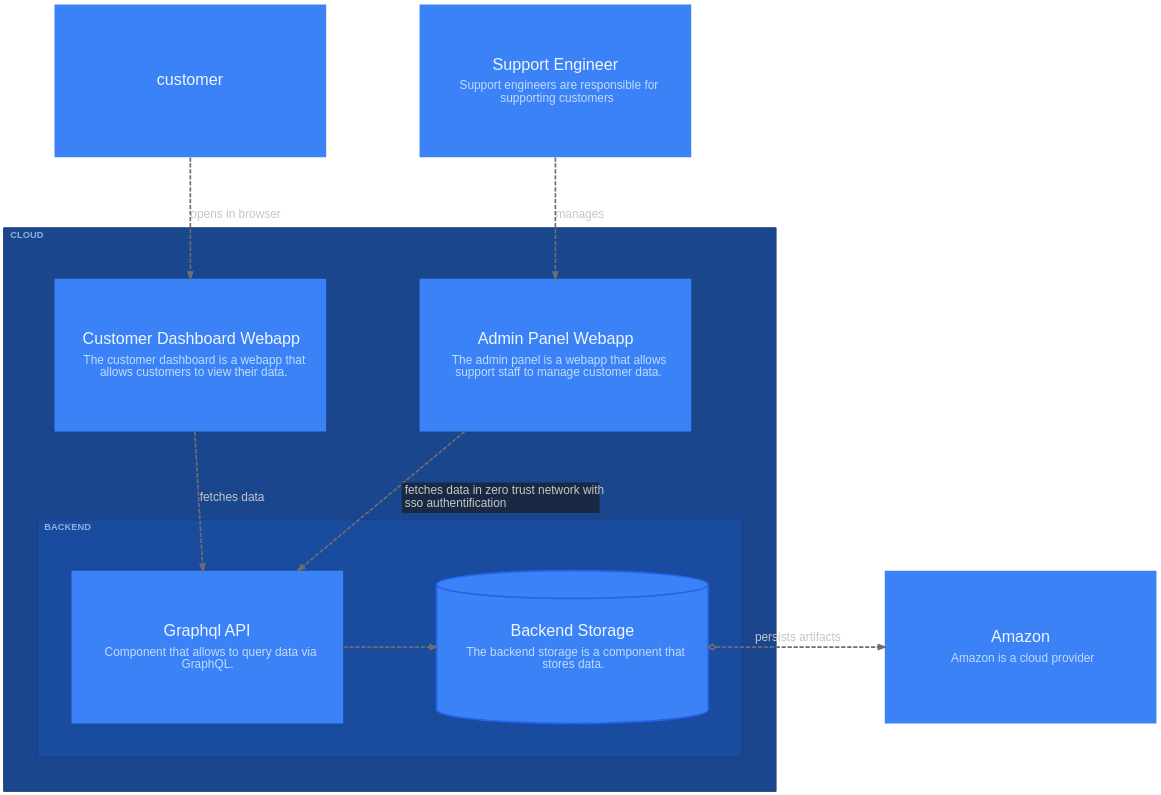
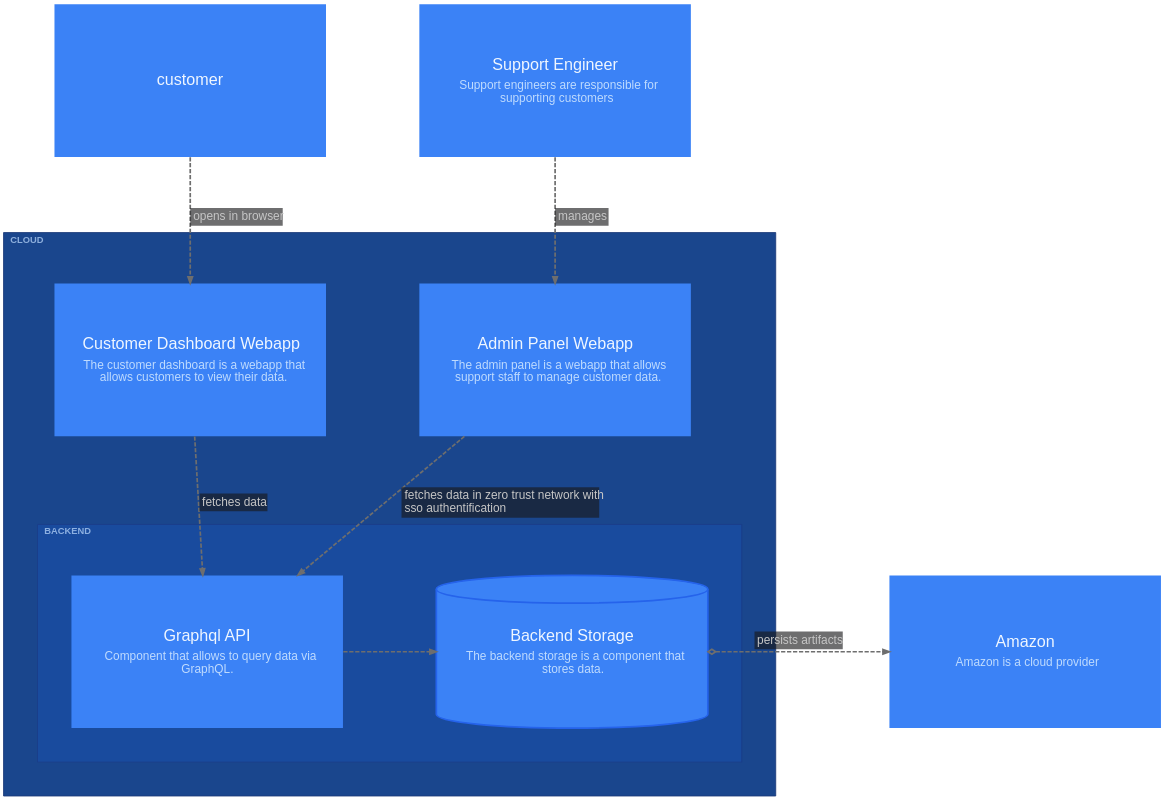
The diagram in packages/layouts/src/graphviz/__snapshots__/ElementViewPrinter-cloud3levels.dot (likec4/likec4), drawn with Graphviz before and after one commit. The commit also changed 6 other files, not shown here.

Commit message:
revert table around edge label

```diff
--- a/packages/layouts/src/graphviz/__snapshots__/ElementViewPrinter-cloud3levels.dot
+++ b/packages/layouts/src/graphviz/__snapshots__/ElementViewPrinter-cloud3levels.dot
@@ -1,165 +1,165 @@
 digraph {
   bgcolor = "transparent";
   layout = "dot";
   compound = true;
   rankdir = "TB";
   TBbalance = "min";
   splines = "spline";
   outputorder = "nodesfirst";
   nodesep = 1.528;
   ranksep = 1.667;
   pack = 120;
   packmode = "array_3";
   pad = 0.209;
   fontname = "Arial";
   graph [
     fontsize = 15;
     labeljust = "l";
     labelloc = "t";
     margin = 50.1;
   ];
   edge [
     arrowsize = 0.75;
     fontname = "Arial";
     fontsize = 14;
     penwidth = 2;
     color = "#6E6E6E";
     fontcolor = "#C6C6C6";
   ];
   node [
     fontname = "Arial";
     shape = "rect";
     width = 4.445;
     height = 2.5;
     style = "filled";
     penwidth = 0;
   ];
   "customer" [
     likec4_id = "customer";
     likec4_level = 0;
     fillcolor = "#3b82f6";
     fontcolor = "#eff6ff";
     color = "#2563eb";
     margin = "0.362,0.362";
     label = <<FONT POINT-SIZE="19">customer</FONT>>;
   ];
   "support" [
     likec4_id = "support";
     likec4_level = 0;
     fillcolor = "#3b82f6";
     fontcolor = "#eff6ff";
     color = "#2563eb";
     margin = "0.362,0.362";
     label = <<TABLE BORDER="0" CELLPADDING="0" CELLSPACING="6"><TR><TD><FONT POINT-SIZE="19">Support Engineer</FONT></TD></TR><TR><TD><FONT POINT-SIZE="14" COLOR="#bfdbfe">Support engineers are responsible for<BR/>supporting customers</FONT></TD></TR></TABLE>>;
   ];
   "dashboard" [
     likec4_id = "cloud.frontend.dashboard";
     likec4_level = 1;
     fillcolor = "#3b82f6";
     fontcolor = "#eff6ff";
     color = "#2563eb";
     margin = "0.362,0.362";
     label = <<TABLE BORDER="0" CELLPADDING="0" CELLSPACING="6"><TR><TD><FONT POINT-SIZE="19">Customer Dashboard Webapp</FONT></TD></TR><TR><TD><FONT POINT-SIZE="14" COLOR="#bfdbfe">The customer dashboard is a webapp that<BR/>allows customers to view their data.</FONT></TD></TR></TABLE>>;
     group = "cloud";
   ];
   "adminpanel" [
     likec4_id = "cloud.frontend.adminPanel";
     likec4_level = 1;
     fillcolor = "#3b82f6";
     fontcolor = "#eff6ff";
     color = "#2563eb";
     margin = "0.362,0.362";
     label = <<TABLE BORDER="0" CELLPADDING="0" CELLSPACING="6"><TR><TD><FONT POINT-SIZE="19">Admin Panel Webapp</FONT></TD></TR><TR><TD><FONT POINT-SIZE="14" COLOR="#bfdbfe">The admin panel is a webapp that allows<BR/>support staff to manage customer data.</FONT></TD></TR></TABLE>>;
     group = "cloud";
   ];
   "graphql" [
     likec4_id = "cloud.backend.graphql";
     likec4_level = 2;
     fillcolor = "#3b82f6";
     fontcolor = "#eff6ff";
     color = "#2563eb";
     margin = "0.362,0.362";
     label = <<TABLE BORDER="0" CELLPADDING="0" CELLSPACING="6"><TR><TD><FONT POINT-SIZE="19">Graphql API</FONT></TD></TR><TR><TD><FONT POINT-SIZE="14" COLOR="#bfdbfe">Component that allows to query data via<BR/>GraphQL.</FONT></TD></TR></TABLE>>;
     group = "cloud";
   ];
   "storage" [
     likec4_id = "cloud.backend.storage";
     likec4_level = 2;
     fillcolor = "#3b82f6";
     fontcolor = "#eff6ff";
     color = "#2563eb";
     margin = "0.362,0";
     penwidth = 2;
     shape = "cylinder";
     label = <<TABLE BORDER="0" CELLPADDING="0" CELLSPACING="6"><TR><TD><FONT POINT-SIZE="19">Backend Storage</FONT></TD></TR><TR><TD><FONT POINT-SIZE="14" COLOR="#bfdbfe">The backend storage is a component that<BR/>stores data.</FONT></TD></TR></TABLE>>;
     group = "cloud";
   ];
   "amazon" [
     likec4_id = "amazon";
     likec4_level = 0;
     fillcolor = "#3b82f6";
     fontcolor = "#eff6ff";
     color = "#2563eb";
     margin = "0.362,0.362";
     label = <<TABLE BORDER="0" CELLPADDING="0" CELLSPACING="6"><TR><TD><FONT POINT-SIZE="19">Amazon</FONT></TD></TR><TR><TD><FONT POINT-SIZE="14" COLOR="#bfdbfe">Amazon is a cloud provider</FONT></TD></TR></TABLE>>;
   ];
   subgraph "cluster_cloud" {
     likec4_id = "cloud";
     likec4_level = 0;
     likec4_depth = 2;
     fillcolor = "#1a468d";
     color = "#1c3979";
     style = "filled";
     margin = 40;
     label = <<FONT POINT-SIZE="11" COLOR="#bfdbfeb3"><B>CLOUD</B></FONT>>;
     "dashboard";
     "adminpanel";
     subgraph "cluster_backend" {
       likec4_id = "cloud.backend";
       likec4_level = 1;
       likec4_depth = 1;
       fillcolor = "#194b9e";
       color = "#1b3d88";
       style = "filled";
       margin = 40;
       label = <<FONT POINT-SIZE="11" COLOR="#bfdbfeb3"><B>BACKEND</B></FONT>>;
       "graphql";
       "storage";
     }
   }
   "customer" -> "dashboard" [
     likec4_id = "customer:cloud.frontend.dashboard";
     style = "dashed";
-    label = <<FONT POINT-SIZE="14">opens in browser</FONT>>;
+    label = <<TABLE BORDER="0" CELLPADDING="3" CELLSPACING="0" BGCOLOR="#18191bA0"><TR><TD ALIGN="TEXT" BALIGN="LEFT"><FONT POINT-SIZE="14">opens in browser</FONT></TD></TR></TABLE>>;
   ];
   "support" -> "adminpanel" [
     likec4_id = "support:cloud.frontend.adminPanel";
     style = "dashed";
-    label = <<FONT POINT-SIZE="14">manages</FONT>>;
+    label = <<TABLE BORDER="0" CELLPADDING="3" CELLSPACING="0" BGCOLOR="#18191bA0"><TR><TD ALIGN="TEXT" BALIGN="LEFT"><FONT POINT-SIZE="14">manages</FONT></TD></TR></TABLE>>;
   ];
   "adminpanel" -> "graphql" [
     likec4_id = "cloud.frontend.adminPanel:cloud.backend.graphql";
     style = "dashed";
     label = <<TABLE BORDER="0" CELLPADDING="3" CELLSPACING="0" BGCOLOR="#18191bA0"><TR><TD ALIGN="TEXT" BALIGN="LEFT"><FONT POINT-SIZE="14">fetches data in zero trust network with<BR/>sso authentification</FONT></TD></TR></TABLE>>;
   ];
   "dashboard" -> "graphql" [
     likec4_id = "cloud.frontend.dashboard:cloud.backend.graphql";
     style = "dashed";
-    label = <<FONT POINT-SIZE="14">fetches data</FONT>>;
+    label = <<TABLE BORDER="0" CELLPADDING="3" CELLSPACING="0" BGCOLOR="#18191bA0"><TR><TD ALIGN="TEXT" BALIGN="LEFT"><FONT POINT-SIZE="14">fetches data</FONT></TD></TR></TABLE>>;
   ];
   "storage" -> "amazon" [
     likec4_id = "cloud.backend.storage:amazon";
     style = "dashed";
-    label = <<FONT POINT-SIZE="14">persists artifacts</FONT>>;
+    label = <<TABLE BORDER="0" CELLPADDING="3" CELLSPACING="0" BGCOLOR="#18191bA0"><TR><TD ALIGN="TEXT" BALIGN="LEFT"><FONT POINT-SIZE="14">persists artifacts</FONT></TD></TR></TABLE>>;
     arrowhead = "normal";
     arrowtail = "odiamond";
     dir = "both";
     minlen = 0;
   ];
   "graphql" -> "storage" [
     likec4_id = "cloud.backend.graphql:cloud.backend.storage";
     style = "dashed";
     weight = 2;
     minlen = 0;
   ];
 }
```
